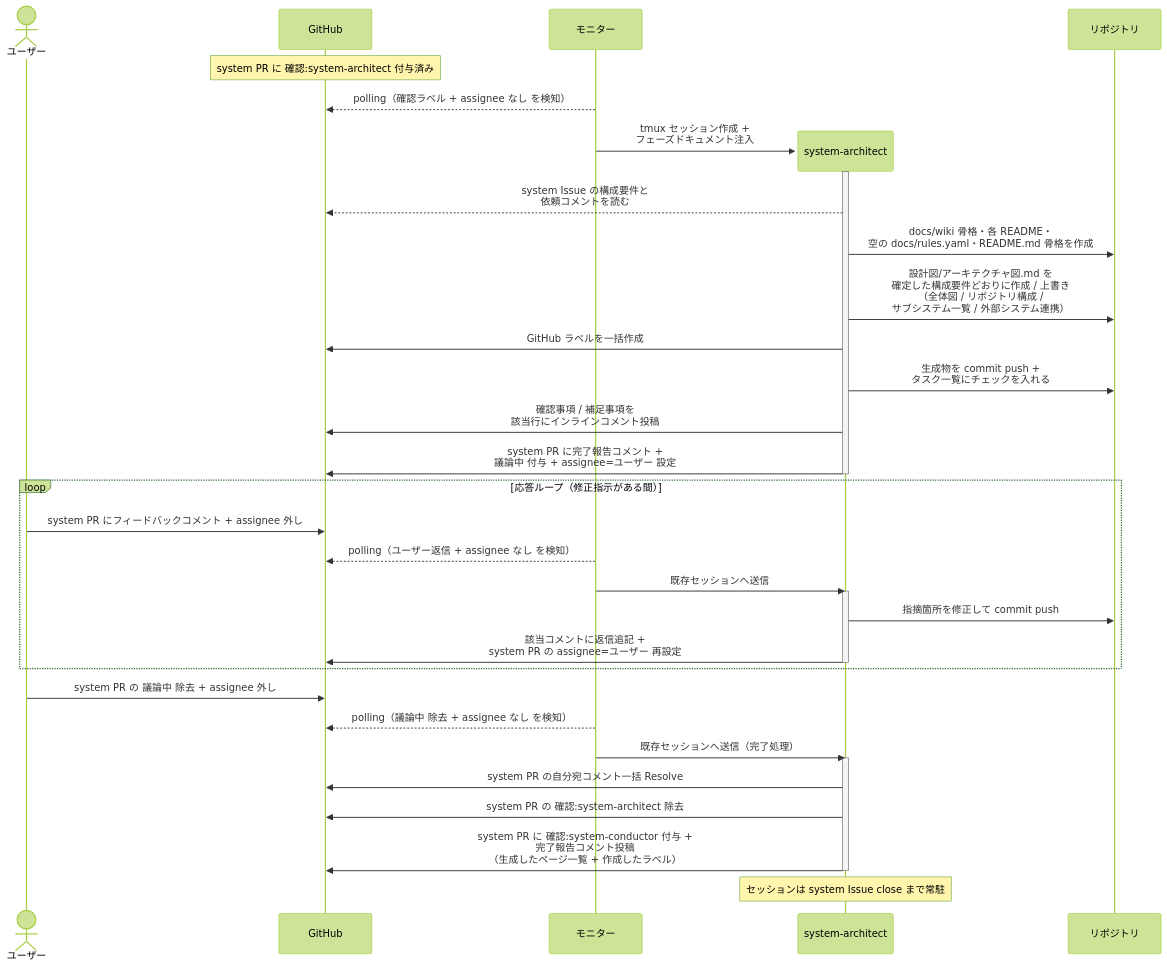
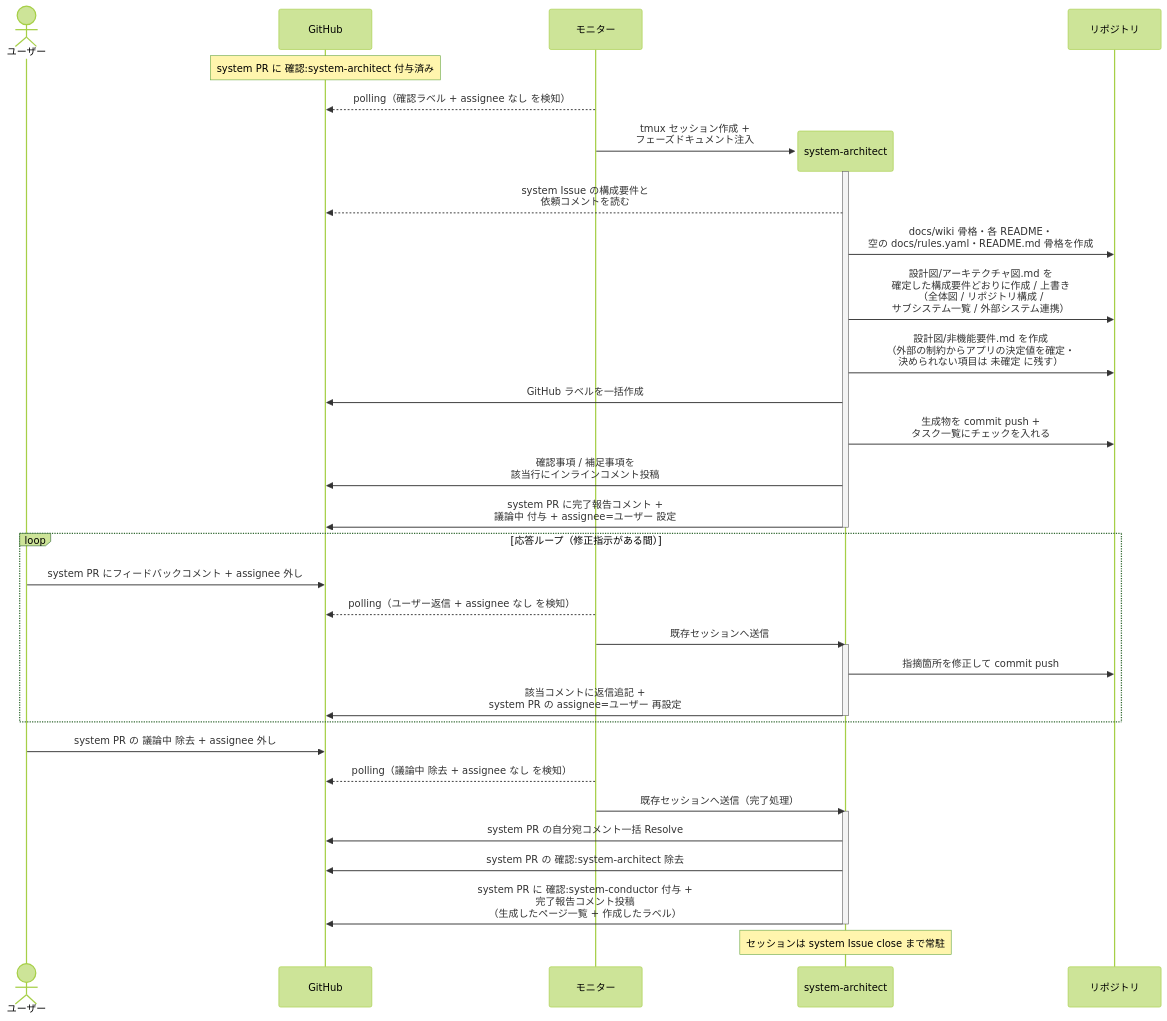
The diagram in docs/wiki/設計図/シナリオ/単一ユースケース/システム土台生成.md (shuhei1101/ai-monitor), drawn with Mermaid (forest theme) before and after one commit. The commit also changed other lines of this file and 7 other files, not shown here.

````diff
--- a/docs/wiki/設計図/シナリオ/単一ユースケース/システム土台生成.md
+++ b/docs/wiki/設計図/シナリオ/単一ユースケース/システム土台生成.md
@@ -29,41 +29,42 @@
 ```mermaid
 sequenceDiagram
   actor U as ユーザー
   participant GH as GitHub
   participant ORC as モニター
 
   Note over GH: system PR に 確認:system-architect 付与済み
   ORC-->>GH: polling（確認ラベル + assignee なし を検知）
   create participant MON as system-architect
   ORC->>MON: tmux セッション作成 +<br>フェーズドキュメント注入
   activate MON
   participant REPO as リポジトリ
   MON-->>GH: system Issue の構成要件と<br>依頼コメントを読む
   MON->>REPO: docs/wiki 骨格・各 README・<br>空の docs/rules.yaml・README.md 骨格を作成
   MON->>REPO: 設計図/アーキテクチャ図.md を<br>確定した構成要件どおりに作成 / 上書き<br>（全体図 / リポジトリ構成 /<br>サブシステム一覧 / 外部システム連携）
+  MON->>REPO: 設計図/非機能要件.md を作成<br>（外部の制約からアプリの決定値を確定・<br>決められない項目は 未確定 に残す）
   MON->>GH: GitHub ラベルを一括作成
   MON->>REPO: 生成物を commit push +<br>タスク一覧にチェックを入れる
   MON->>GH: 確認事項 / 補足事項を<br>該当行にインラインコメント投稿
   MON->>GH: system PR に完了報告コメント +<br>議論中 付与 + assignee=ユーザー 設定
   deactivate MON
 
   loop 応答ループ（修正指示がある間）
     U->>GH: system PR にフィードバックコメント + assignee 外し
     ORC-->>GH: polling（ユーザー返信 + assignee なし を検知）
     ORC->>MON: 既存セッションへ送信
     activate MON
     MON->>REPO: 指摘箇所を修正して commit push
     MON->>GH: 該当コメントに返信追記 +<br>system PR の assignee=ユーザー 再設定
     deactivate MON
   end
 
   U->>GH: system PR の 議論中 除去 + assignee 外し
   ORC-->>GH: polling（議論中 除去 + assignee なし を検知）
   ORC->>MON: 既存セッションへ送信（完了処理）
   activate MON
   MON->>GH: system PR の自分宛コメント一括 Resolve
   MON->>GH: system PR の 確認:system-architect 除去
   MON->>GH: system PR に 確認:system-conductor 付与 +<br>完了報告コメント投稿<br>（生成したページ一覧 + 作成したラベル）
   deactivate MON
   Note over MON: セッションは system Issue close まで常駐
 ```
````
